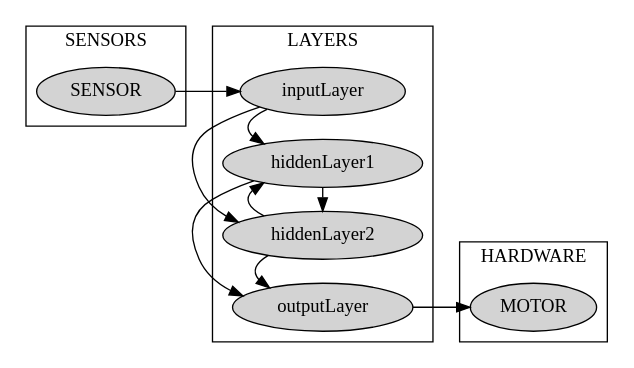
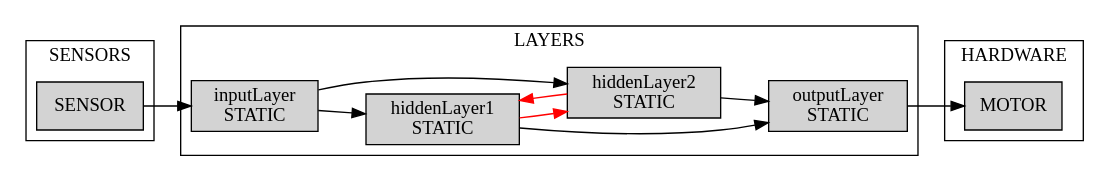
Before and after one commit to TheRoboticsClub/colab-gsoc2020-Sakshay_Mahna: the diagram in evolutionary_robots/examples/repr/recurrent.gv, drawn with Graphviz. The commit also changed 16 other files, not shown here.

```diff
--- a/evolutionary_robots/examples/repr/recurrent.gv
+++ b/evolutionary_robots/examples/repr/recurrent.gv
@@ -1,29 +1,34 @@
 digraph ANN {
-	graph [newrank=true rankdir=LR]
+	graph [rankdir=LR]
+	node [shape=box]
 	subgraph cluster_2 {
 		node [style=filled]
 		color=black label=SENSORS
 		SENSOR
 	}
 	subgraph cluster_1 {
-		graph [rankdir=TD]
 		node [style=filled]
-		color=black label=LAYERS rank=same
-		outputLayer -> hiddenLayer2 [style=invis]
-		hiddenLayer2 -> hiddenLayer1 [style=invis]
-		hiddenLayer1 -> inputLayer [style=invis]
-		inputLayer -> hiddenLayer1 [constraint=false]
-		inputLayer -> hiddenLayer2 [constraint=false]
-		hiddenLayer1 -> hiddenLayer2 [constraint=false]
-		hiddenLayer1 -> outputLayer [constraint=false]
-		hiddenLayer2 -> hiddenLayer1 [constraint=false]
-		hiddenLayer2 -> outputLayer [constraint=false]
+		color=black label=LAYERS
+		inputLayer [label="inputLayer
+STATIC"]
+		inputLayer -> hiddenLayer1
+		inputLayer -> hiddenLayer2
+		hiddenLayer1 [label="hiddenLayer1
+STATIC"]
+		hiddenLayer1 -> hiddenLayer2 [color=red]
+		hiddenLayer1 -> outputLayer
+		hiddenLayer2 [label="hiddenLayer2
+STATIC"]
+		hiddenLayer2 -> hiddenLayer1 [color=red]
+		hiddenLayer2 -> outputLayer
+		outputLayer [label="outputLayer
+STATIC"]
 	}
 	subgraph cluster_0 {
 		node [style=filled]
 		color=black label=HARDWARE
 		MOTOR
 	}
 	outputLayer -> MOTOR
 	SENSOR -> inputLayer
 }
```
